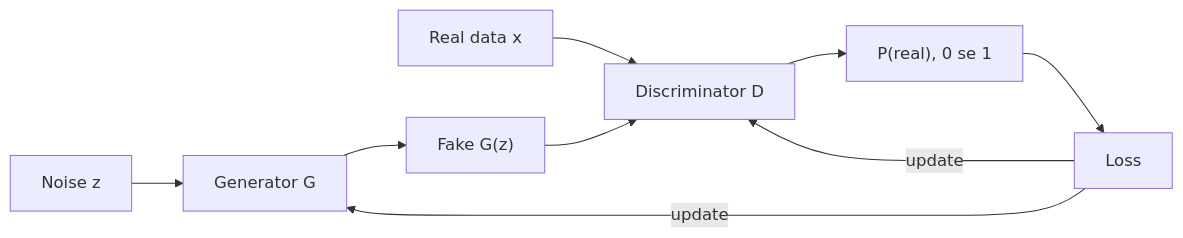
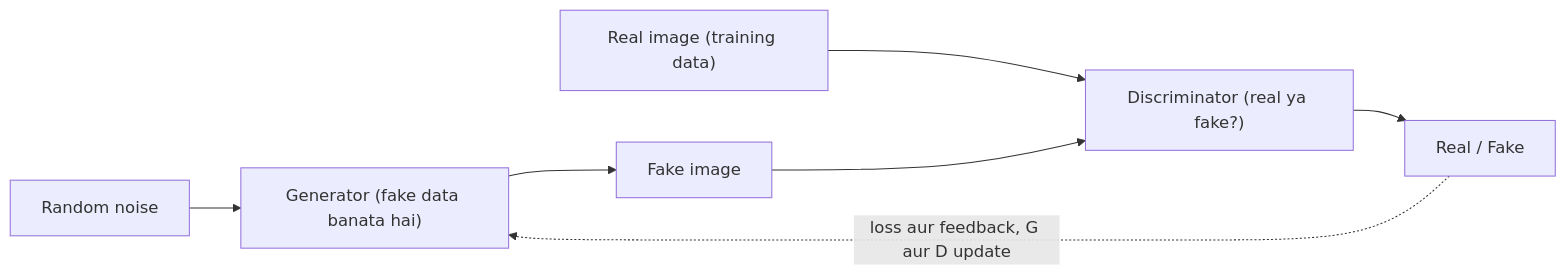
Before and after one commit to TrendySloth1001/sem-seven-notes: the diagram in content/deep-learning/pyq/2024-12/q6b.hi.mdx, drawn with Mermaid. The commit also changed other lines of this file and 168 other files, not shown here.

Commit message:
Rewrite the Module 1, activation, loss and GAN notes and their 25 answers from the teachers' class files. They keep the teacher's definitions, use 80 of their figures with class-notes citations only, and fix the slide errors in the XOR, NAND, loss and KL formulas.

````diff
--- a/content/deep-learning/pyq/2024-12/q6b.hi.mdx
+++ b/content/deep-learning/pyq/2024-12/q6b.hi.mdx
@@ -21,12 +11,10 @@
 ```mermaid
-%% caption: GAN architecture. Generator kabhi real data nahi dekhta; wo sirf discriminator ke feedback se seekhta hai.
+%% caption: GAN architecture. Discriminator generator ki fake image aur dataset ki real image dono dekhta hai.
 flowchart LR
-  Z["Noise z"] --> G["Generator G"]
-  G --> F["Fake G(z)"]
-  R["Real data x"] --> D["Discriminator D"]
+  N["Random noise"] --> G["Generator (fake data banata hai)"]
+  G --> F["Fake image"]
+  R["Real image (training data)"] --> D["Discriminator (real ya fake?)"]
   F --> D
-  D --> P["P(real), 0 se 1"]
-  P --> L["Loss"]
-  L -- "update" --> D
-  L -- "update" --> G
+  D --> O["Real / Fake"]
+  O -. "loss aur feedback, G aur D update" .-> G
 ```
````
